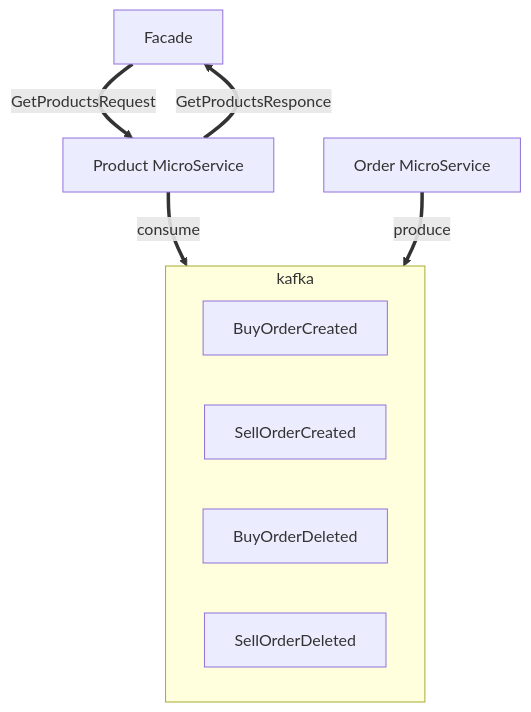
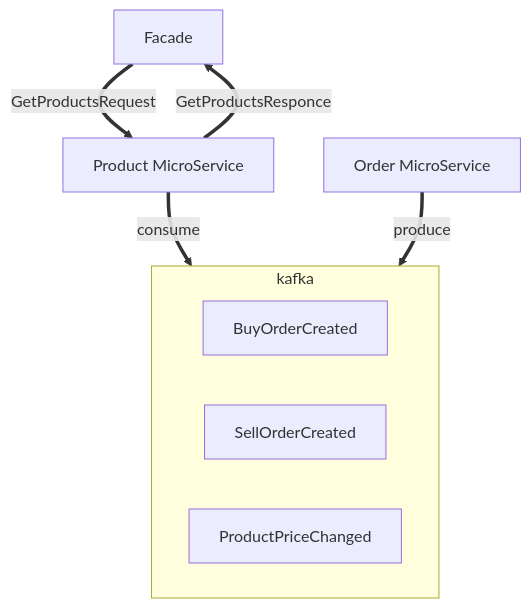
The diagram in doc/adr/ProductServiceADR.md (seesharktwo/markershtern), drawn with Mermaid before and after one commit. The commit also changed other lines of this file, not shown here.

Commit message:
docs: fixed scheme

````diff
--- a/doc/adr/ProductServiceADR.md
+++ b/doc/adr/ProductServiceADR.md
@@ -25,15 +25,14 @@
 ```mermaid
 flowchart TD  
 	F["Facade"] ==GetProductsRequest==> P["Product MicroService"]
 	P ==GetProductsResponce==> F
 	subgraph kafka
 		BuyOrderCreated
 		SellOrderCreated
-		BuyOrderDeleted
-		SellOrderDeleted
+		ProductPriceChanged
 	end
 	O["Order MicroService"]
 	P ==consume==>kafka
 	O ==produce==>kafka
 
 ```
````
